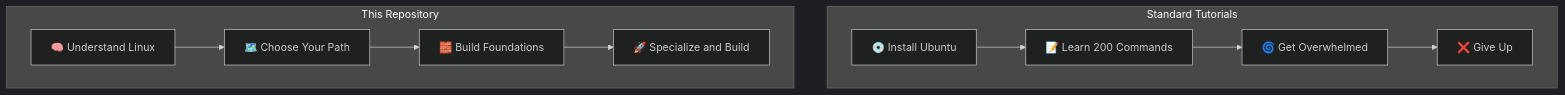
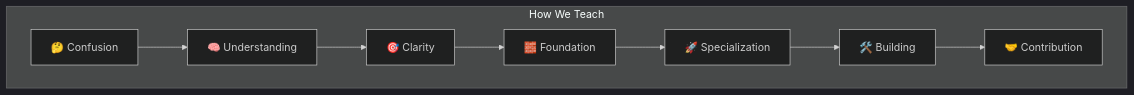
The first of 2 diagrams in README.md (Harshajaya13/Foss-Club), drawn with Mermaid (dark theme) before and after one commit. The commit also changed other lines of this file, not shown here.

````diff
--- a/README.md
+++ b/README.md
@@ -32,10 +38,6 @@
 ```mermaid
 graph TD
-    subgraph Standard Tutorials
-        S1["💿 Install Ubuntu"] --> S2["📝 Learn 200 Commands"] --> S3["🌀 Get Overwhelmed"] --> S4["❌ Give Up"]
-    end
-
-    subgraph This Repository
-        R1["🧠 Understand Linux"] --> R2["🗺️ Choose Your Path"] --> R3["🧱 Build Foundations"] --> R4["🚀 Specialize and Build"]
+    subgraph How We Teach
+        P1["🤔 Confusion"] --> P2["🧠 Understanding"] --> P3["🎯 Clarity"] --> P4["🧱 Foundation"] --> P5["🚀 Specialization"] --> P6["🛠️ Building"] --> P7["🤝 Contribution"]
     end
 ```
````
